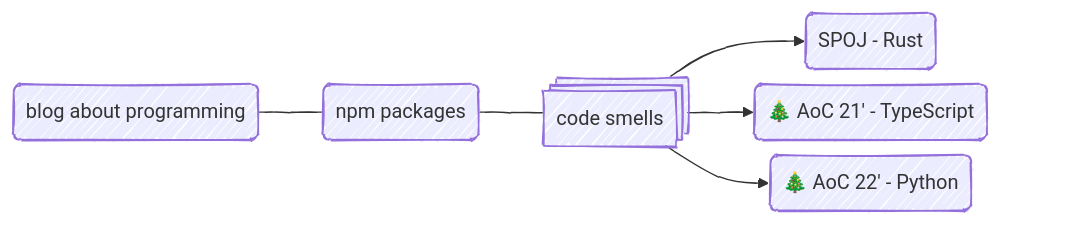
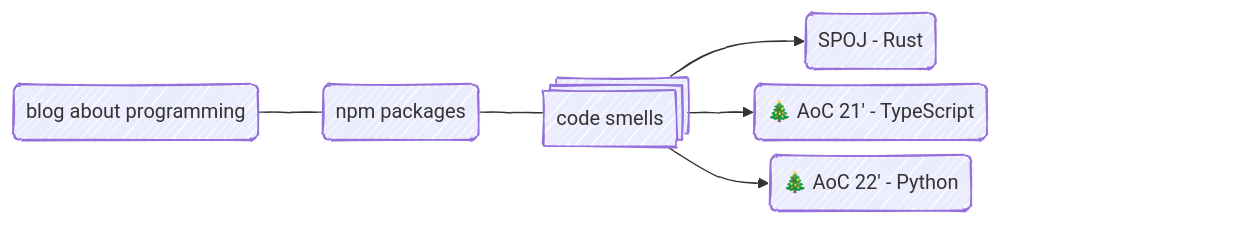
One commit to twistezo/twistezo changed the diagram in README.md. Above: the diagram before and after it, drawn with Mermaid.

````diff
--- a/README.md
+++ b/README.md
@@ -1,36 +1,35 @@
 ```mermaid
 ---
 config:
   look: handDrawn
   # theme: neutral
   securityLevel: antiscript
   flowchart:
     diagramPadding: 0
     nodeSpacing: 10
     rankSpacing: 50
     padding: 10
 ---
 flowchart LR
     BLOG(blog about programming)
     NPM(npm packages)
     CODE@{ shape: st-rect, label: "code smells"}
     A(SPOJ - Rust)
     B(🎄 AoC 21' - TypeScript)
     C(🎄 AoC 22' - Python)
 
     BLOG --- NPM --- CODE
     CODE --> A
-    CODE --> B
+    CODE --> B ~~~ END:::HIDDEN ~~~ END:::HIDDEN
     CODE --> C
-    B ~~~ END:::HIDDEN
 
     click BLOG href "https://twistezo.github.io/blog/" "Tooltip" _blank
     click NPM href "https://www.npmjs.com/~twistezo" "Tooltip" _blank
     click A href "https://github.com/twistezo/spoj-tournament" "Tooltip" _blank
     click B href "https://github.com/twistezo/advent-of-code-2021" "Tooltip" _blank
     click C href "https://github.com/twistezo/advent-of-code-2021" "Tooltip" _blank
 
     classDef HIDDEN display: none;
     %% classDef styles fill:#fff
     %% class BLOG,NPM,CODE,A,B,C styles
 ```
````
